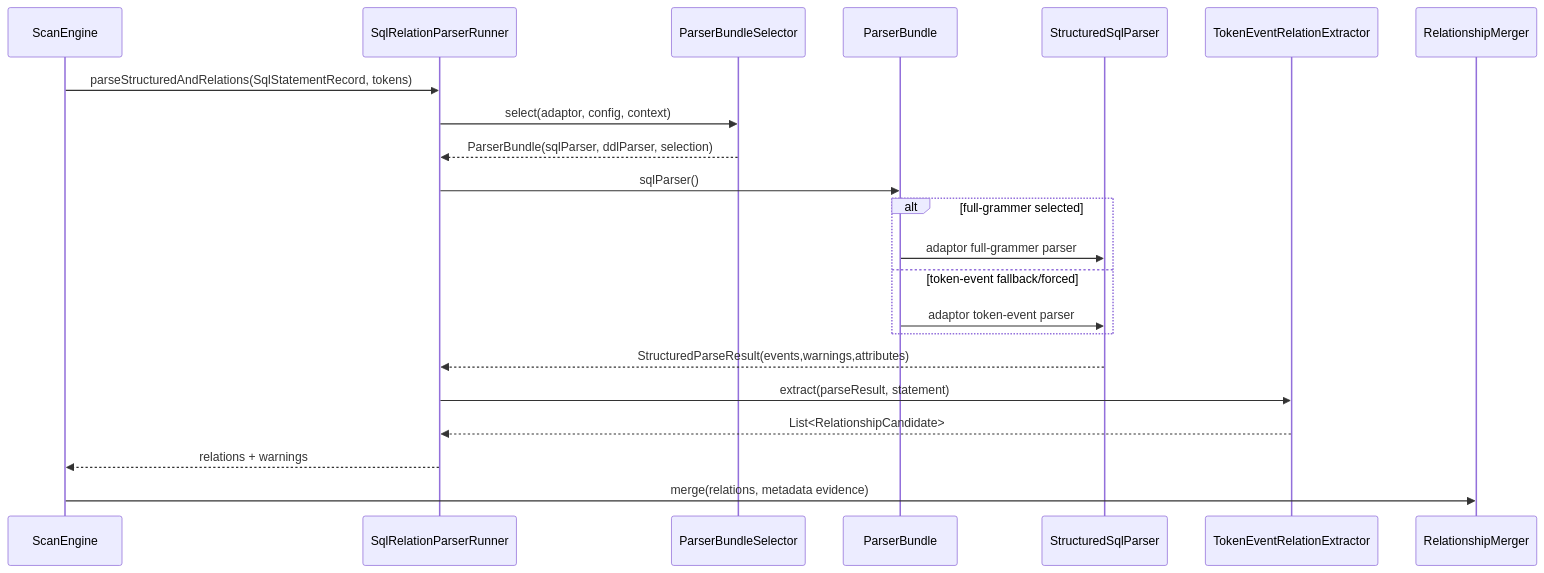
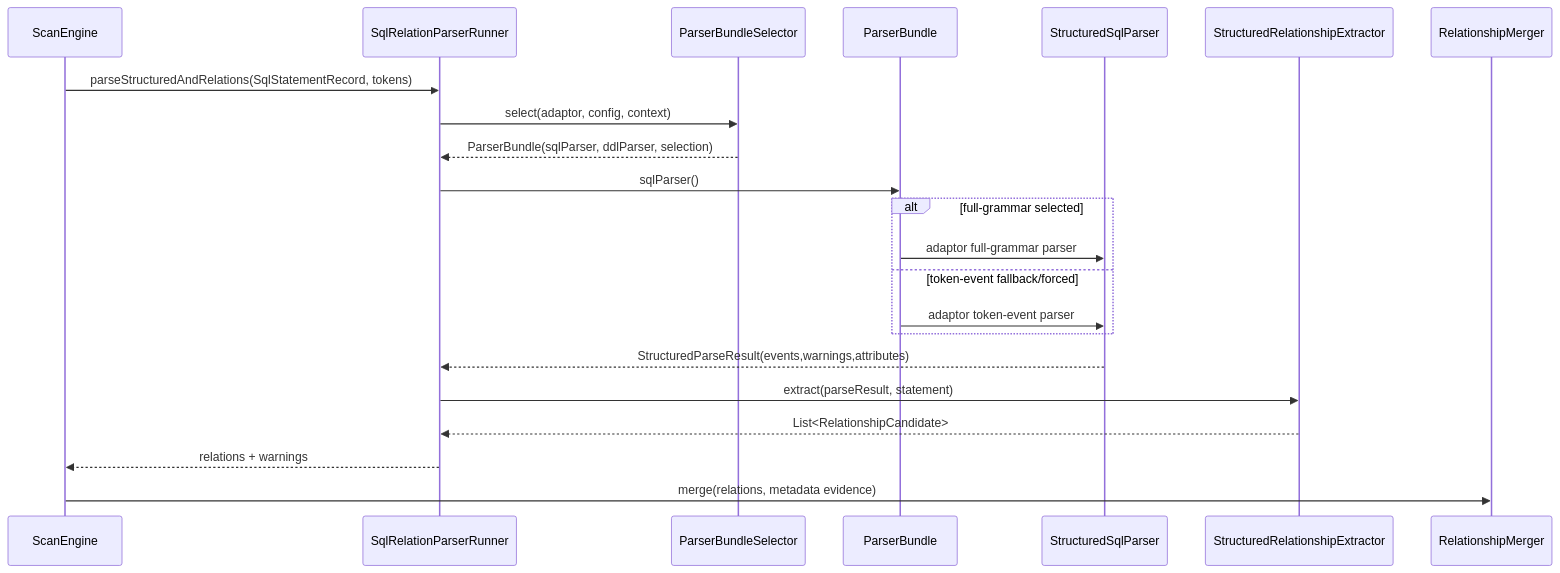
The third of 7 diagrams in docs/design/relation-detector/phase-06-parser-enhancement.md (xiaoguang/relation-detector), drawn with Mermaid before and after one commit. The commit also changed other lines of this file and 1716 other files, not shown here.

````diff
--- a/docs/design/relation-detector/phase-06-parser-enhancement.md
+++ b/docs/design/relation-detector/phase-06-parser-enhancement.md
@@ -407,25 +419,25 @@
 ```mermaid
 sequenceDiagram
   participant SE as ScanEngine
   participant SR as SqlRelationParserRunner
   participant PBS as ParserBundleSelector
   participant PB as ParserBundle
   participant SP as StructuredSqlParser
-  participant RE as TokenEventRelationExtractor
+  participant RE as StructuredRelationshipExtractor
   participant RM as RelationshipMerger
 
   SE->>SR: parseStructuredAndRelations(SqlStatementRecord, tokens)
   SR->>PBS: select(adaptor, config, context)
   PBS-->>SR: ParserBundle(sqlParser, ddlParser, selection)
   SR->>PB: sqlParser()
-  alt full-grammer selected
-    PB->>SP: adaptor full-grammer parser
+  alt full-grammar selected
+    PB->>SP: adaptor full-grammar parser
   else token-event fallback/forced
     PB->>SP: adaptor token-event parser
   end
   SP-->>SR: StructuredParseResult(events,warnings,attributes)
   SR->>RE: extract(parseResult, statement)
   RE-->>SR: List<RelationshipCandidate>
   SR-->>SE: relations + warnings
   SE->>RM: merge(relations, metadata evidence)
 ```
````
